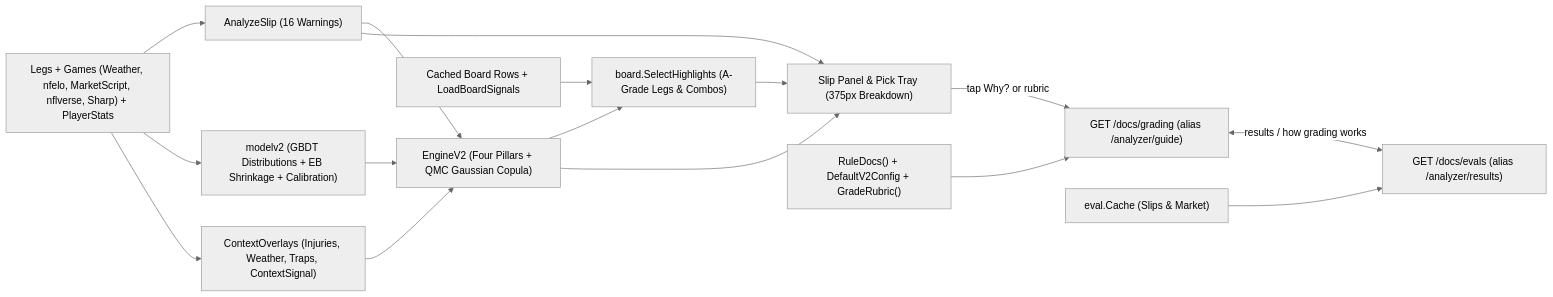
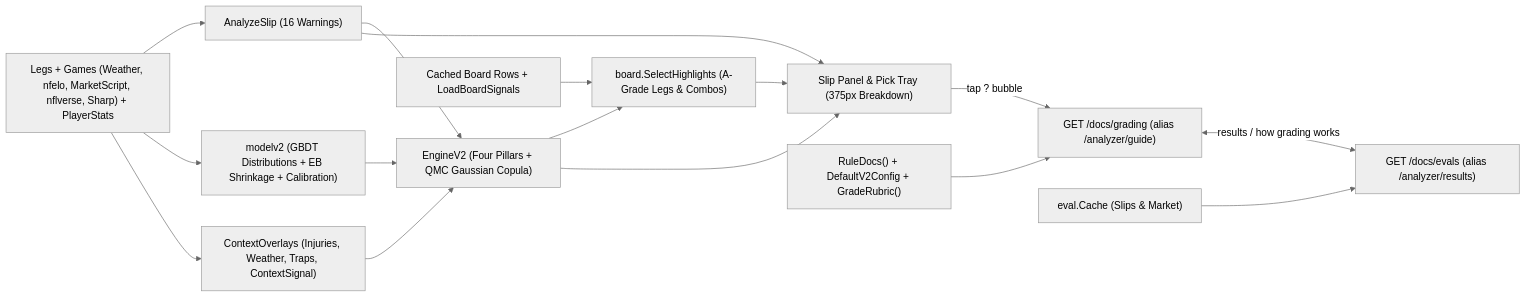
One commit to kalverra/parlay-club changed the diagram in docs/concepts/analyzer.md. Above: the diagram before and after it, drawn with Mermaid (neutral theme). The commit also changed other lines of this file and 7 other files, not shown here.

````diff
--- a/docs/concepts/analyzer.md
+++ b/docs/concepts/analyzer.md
@@ -24,18 +24,18 @@
 ```mermaid
 flowchart LR
   Inputs["Legs + Games (Weather, nfelo, MarketScript, nflverse, Sharp) + PlayerStats"] --> Rules["AnalyzeSlip (16 Warnings)"]
   Inputs --> ModelV2["modelv2 (GBDT Distributions + EB Shrinkage + Calibration)"]
   Inputs --> Overlays["ContextOverlays (Injuries, Weather, Traps, ContextSignal)"]
   ModelV2 --> EngineV2["EngineV2 (Four Pillars + QMC Gaussian Copula)"]
   Overlays --> EngineV2
   Rules --> EngineV2
   Board["Cached Board Rows + LoadBoardSignals"] --> Highlights["board.SelectHighlights (A-Grade Legs & Combos)"]
   EngineV2 --> Highlights
   Rules --> UI["Slip Panel & Pick Tray (375px Breakdown)"]
   EngineV2 --> UI
   Highlights --> UI
-  UI -->|"tap Why? or rubric"| Guide["GET /docs/grading (alias /analyzer/guide)"]
+  UI -->|"tap ? bubble"| Guide["GET /docs/grading (alias /analyzer/guide)"]
   Guide <-->|"results / how grading works"| Results["GET /docs/evals (alias /analyzer/results)"]
   EngineDocs["RuleDocs() + DefaultV2Config + GradeRubric()"] --> Guide
   Cache["eval.Cache (Slips & Market)"] --> Results
 ```
````
